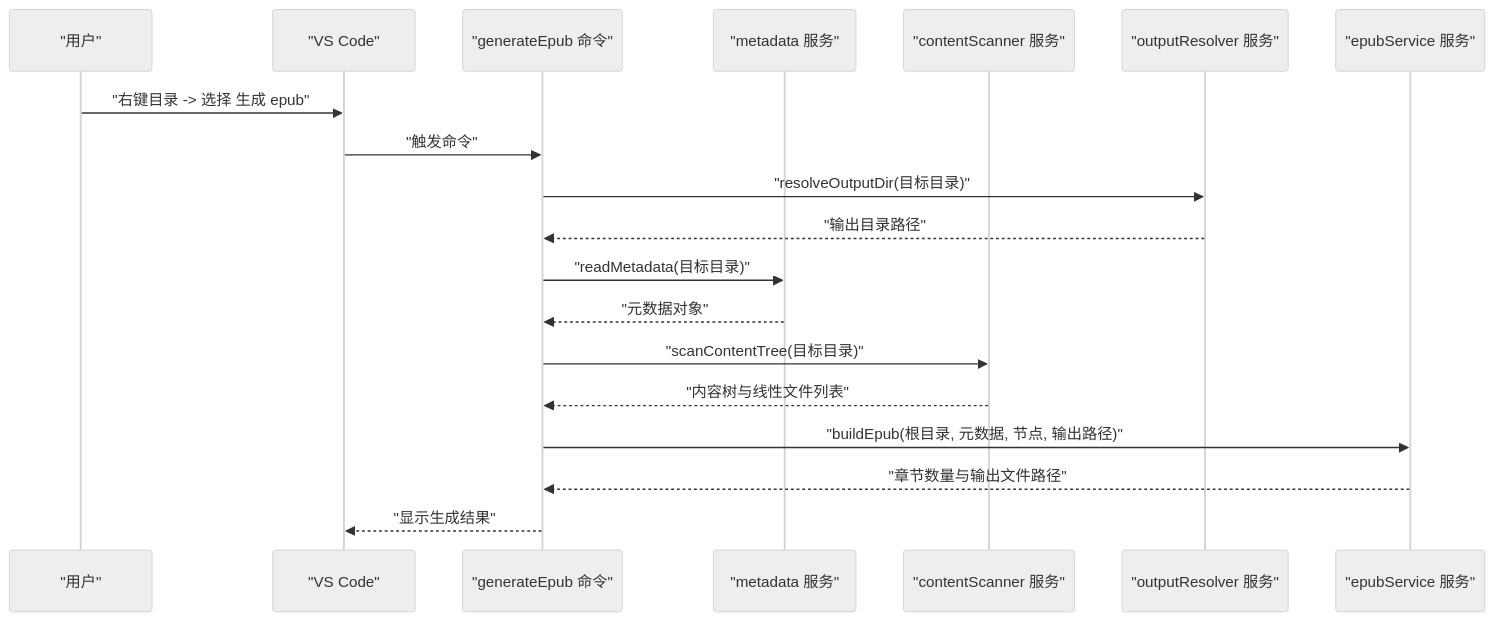
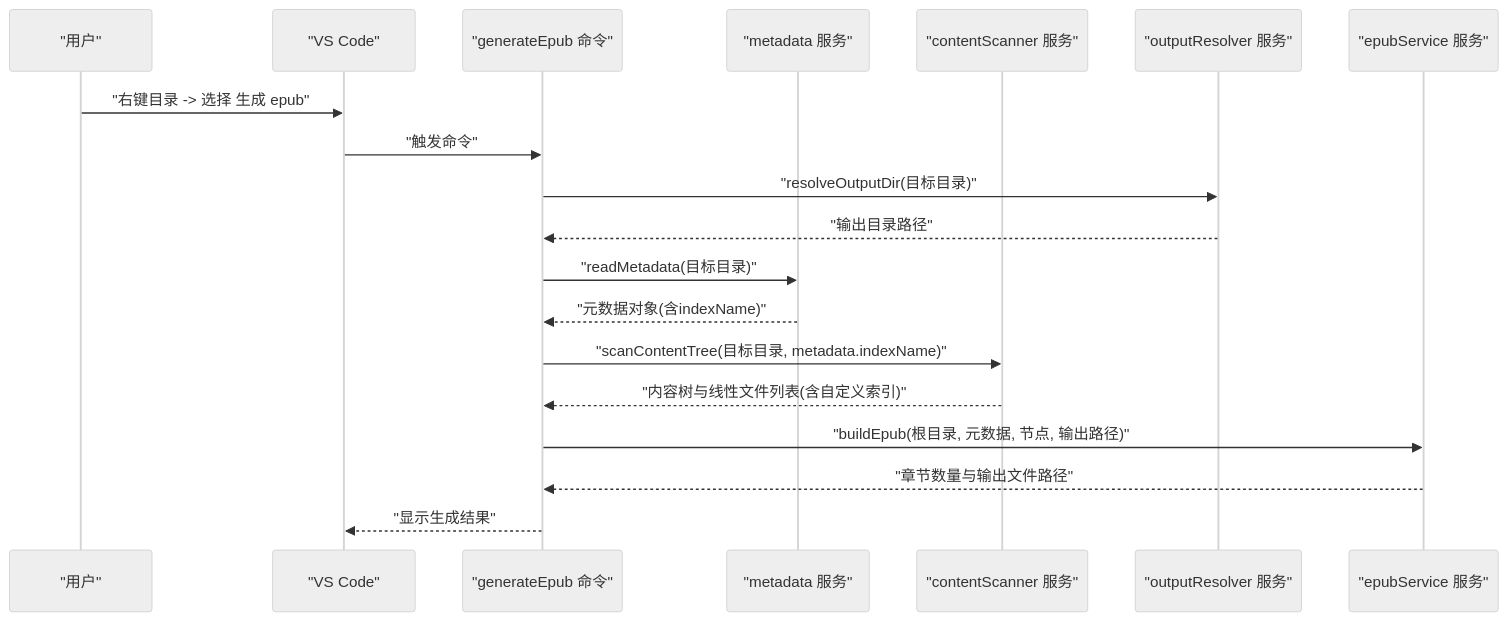
Before and after one commit to someok/vscode-folder2epub: the second of 6 diagrams in .qoder/repowiki/zh/content/开发者指南/测试指南.md, drawn with Mermaid (neutral theme). The commit also changed other lines of this file and 4 other files, not shown here.

````diff
--- a/.qoder/repowiki/zh/content/开发者指南/测试指南.md
+++ b/.qoder/repowiki/zh/content/开发者指南/测试指南.md
@@ -121,21 +130,21 @@
 ```mermaid
 sequenceDiagram
 participant U as "用户"
 participant VS as "VS Code"
 participant CMD as "generateEpub 命令"
 participant META as "metadata 服务"
 participant CS as "contentScanner 服务"
 participant OR as "outputResolver 服务"
 participant EP as "epubService 服务"
 U->>VS : "右键目录 -> 选择 生成 epub"
 VS->>CMD : "触发命令"
 CMD->>OR : "resolveOutputDir(目标目录)"
 OR-->>CMD : "输出目录路径"
 CMD->>META : "readMetadata(目标目录)"
-META-->>CMD : "元数据对象"
-CMD->>CS : "scanContentTree(目标目录)"
-CS-->>CMD : "内容树与线性文件列表"
+META-->>CMD : "元数据对象(含indexName)"
+CMD->>CS : "scanContentTree(目标目录, metadata.indexName)"
+CS-->>CMD : "内容树与线性文件列表(含自定义索引)"
 CMD->>EP : "buildEpub(根目录, 元数据, 节点, 输出路径)"
 EP-->>CMD : "章节数量与输出文件路径"
 CMD-->>VS : "显示生成结果"
 ```
````
